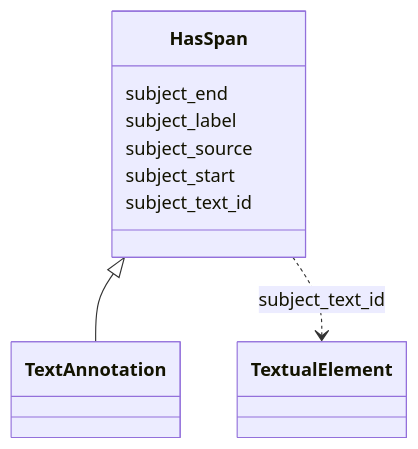
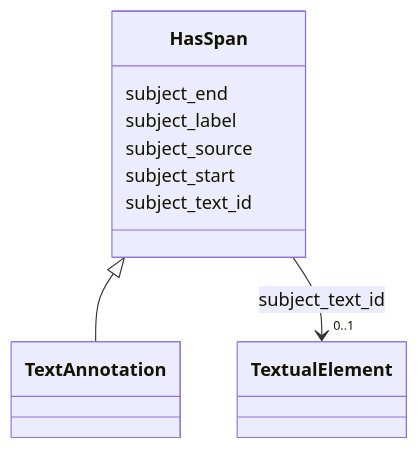
One commit to INCATools/ontology-access-kit changed the diagram in docs/datamodels/text-annotator/HasSpan.md. Above: the diagram before and after it, drawn with Mermaid. The commit also changed other lines of this file and 539 other files, not shown here.

````diff
--- a/docs/datamodels/text-annotator/HasSpan.md
+++ b/docs/datamodels/text-annotator/HasSpan.md
@@ -9,19 +14,26 @@
 ```{mermaid}
  classDiagram
     class HasSpan
+    click HasSpan href "../HasSpan"
       HasSpan <|-- TextAnnotation
+        click TextAnnotation href "../TextAnnotation"
       
       HasSpan : subject_end
         
       HasSpan : subject_label
         
       HasSpan : subject_source
         
       HasSpan : subject_start
         
       HasSpan : subject_text_id
         
-          HasSpan ..> TextualElement : subject_text_id
+          
+    
+    
+    HasSpan --> "0..1" TextualElement : subject_text_id
+    click TextualElement href "../TextualElement"
+
         
       
 ```
````
